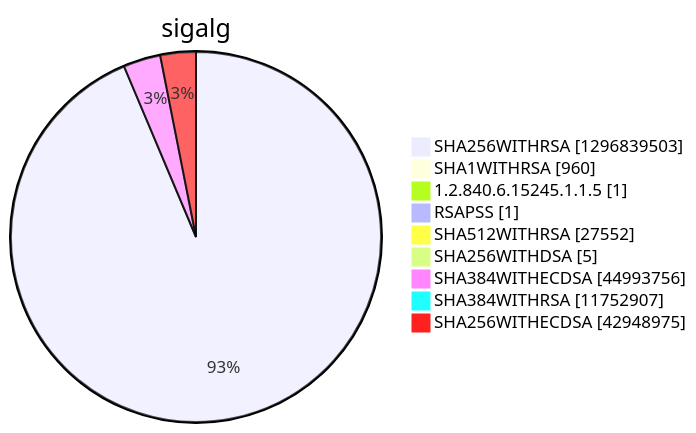
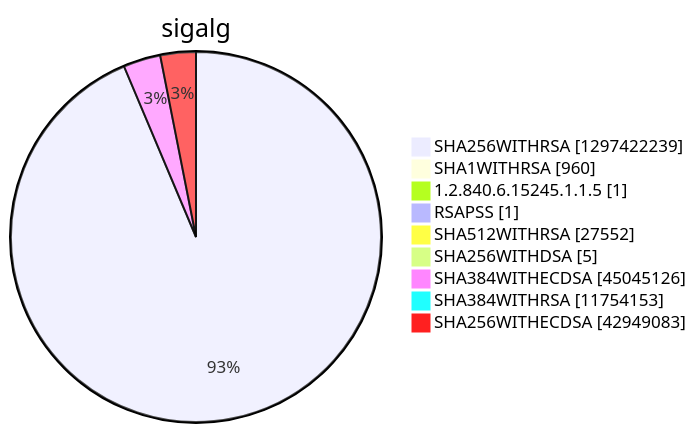
Diagram 15 of 15 in argon2022/README.md (christiankrug/ctmonitor_visualization), drawn with Mermaid before and after one commit. The commit also changed other lines of this file, not shown here.

````diff
--- a/argon2022/README.md
+++ b/argon2022/README.md
@@ -5523,13 +5523,13 @@
 ```mermaid
 pie showData
 title sigalg
-"SHA256WITHRSA" :1296839503
+"SHA256WITHRSA" :1297422239
 "SHA1WITHRSA" :960
 "1.2.840.6.15245.1.1.5" :1
 "RSAPSS" :1
 "SHA512WITHRSA" :27552
 "SHA256WITHDSA" :5
-"SHA384WITHECDSA" :44993756
-"SHA384WITHRSA" :11752907
-"SHA256WITHECDSA" :42948975
+"SHA384WITHECDSA" :45045126
+"SHA384WITHRSA" :11754153
+"SHA256WITHECDSA" :42949083
 ```
````
